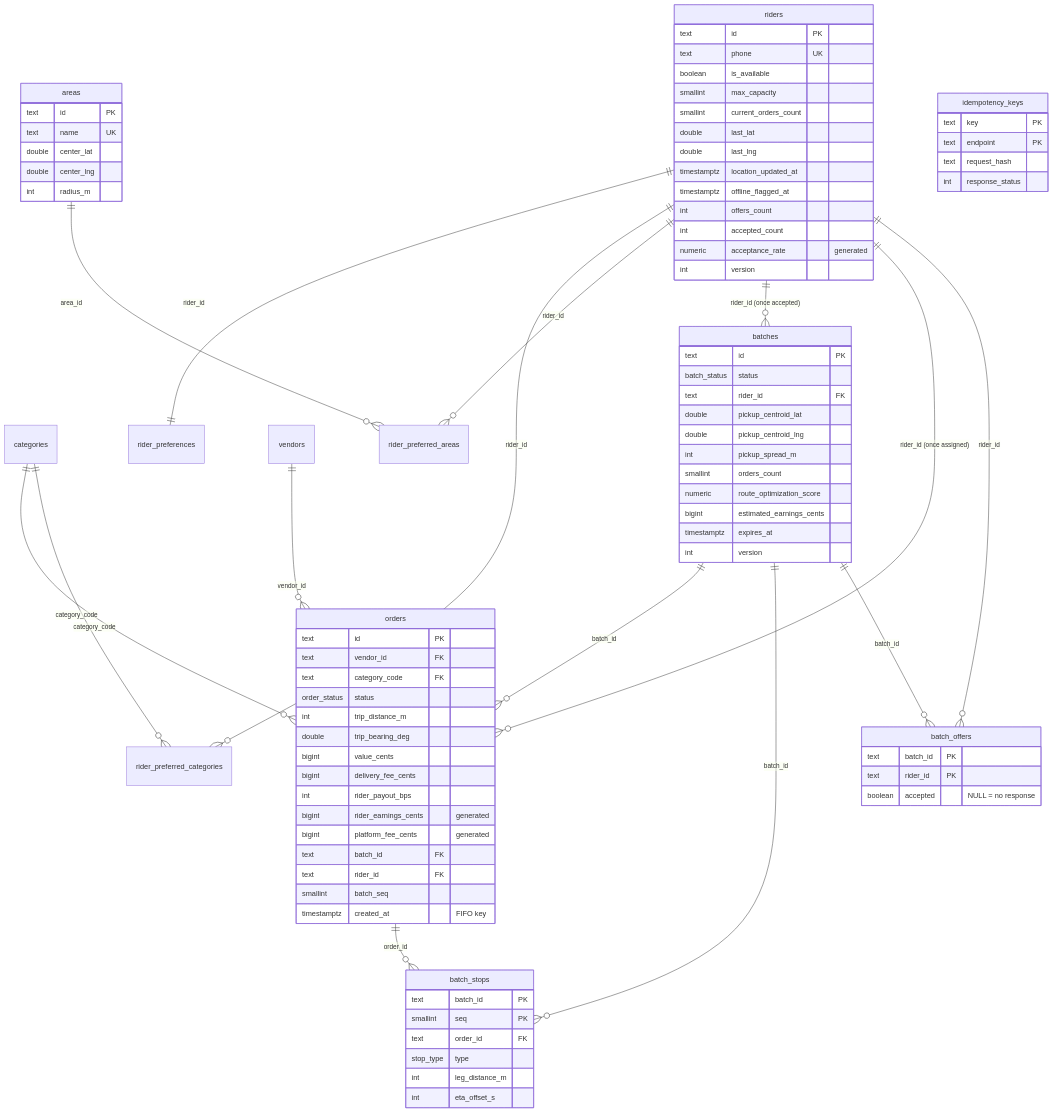
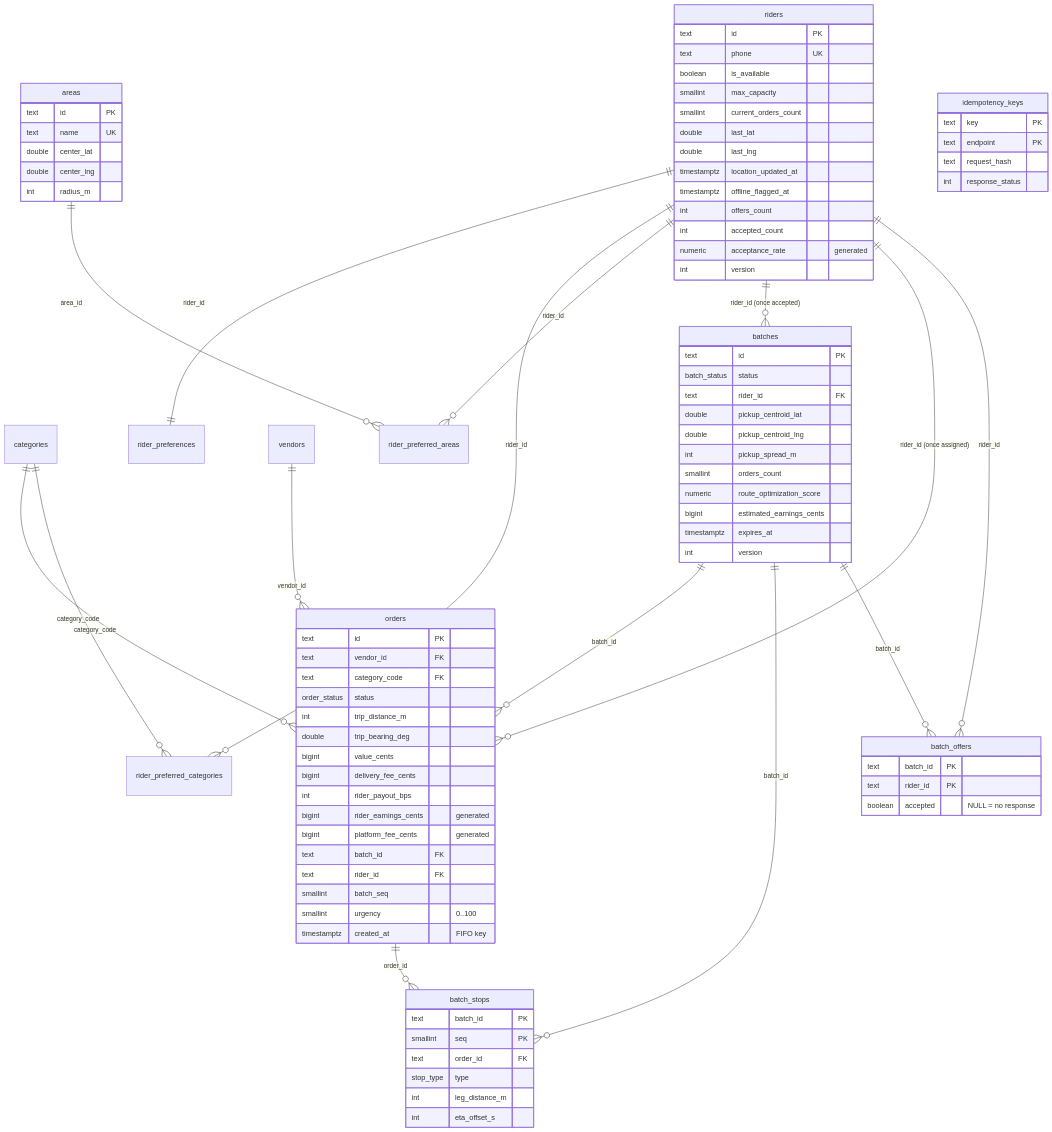
One commit to codercollo/zemi-fleet changed the fourth of 4 diagrams in docs/DOCUMENTATION.md. Above: the diagram before and after it, drawn with Mermaid. The commit also changed other lines of this file and 24 other files, not shown here.

```diff
--- a/docs/DOCUMENTATION.md
+++ b/docs/DOCUMENTATION.md
@@ -1267,6 +1279,7 @@
         text batch_id FK
         text rider_id FK
         smallint batch_seq
+        smallint urgency "0..100"
         timestamptz created_at "FIFO key"
     }
     batches {
```
